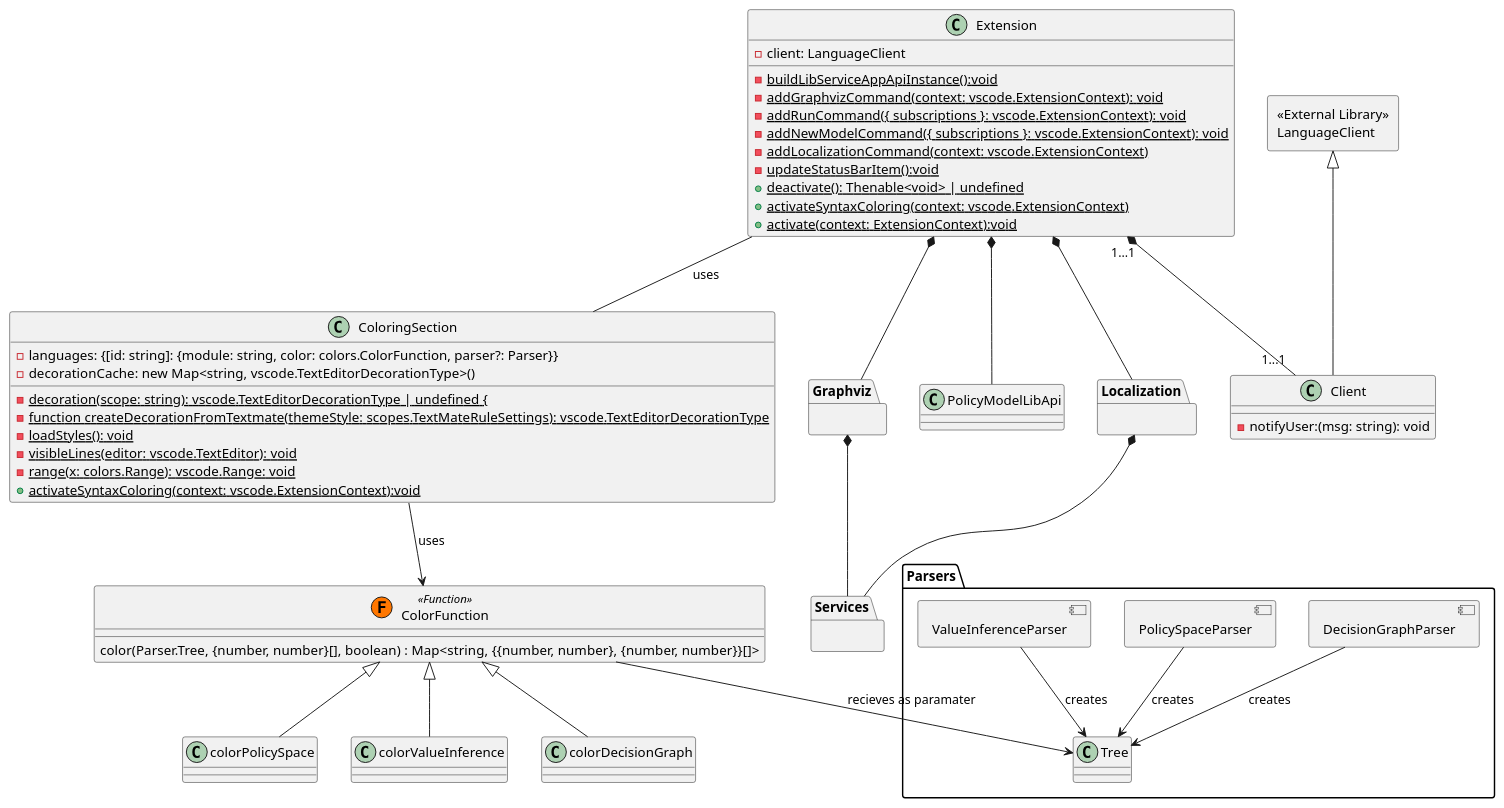
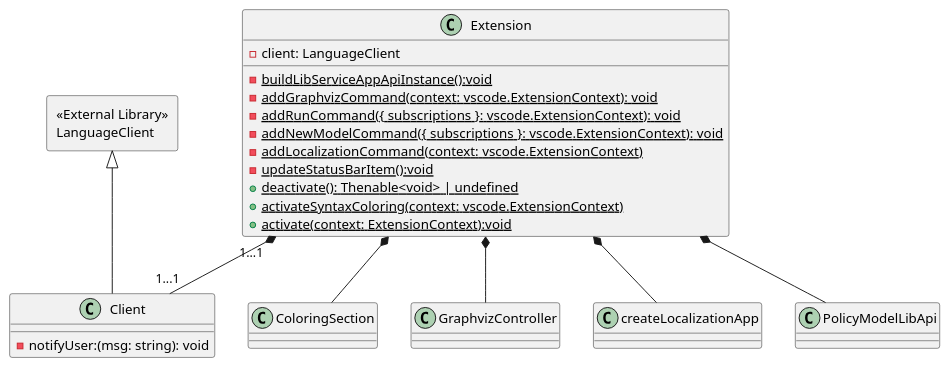
One commit to wolfj123/PolicyModelsPlugin changed the diagram in diagrams/client/ExtensionClassDiagram.puml. Above: the diagram before and after it, drawn with PlantUML.

```diff
--- a/diagrams/client/ExtensionClassDiagram.puml
+++ b/diagrams/client/ExtensionClassDiagram.puml
@@ -1,98 +1,56 @@
 @startuml
+
 
 
 class Extension {
     - client: LanguageClient
 
     - {static} buildLibServiceAppApiInstance():void
     - {static} addGraphvizCommand(context: vscode.ExtensionContext): void
     - {static} addRunCommand({ subscriptions }: vscode.ExtensionContext): void
     - {static} addNewModelCommand({ subscriptions }: vscode.ExtensionContext): void
     - {static} addLocalizationCommand(context: vscode.ExtensionContext)
     - {static} updateStatusBarItem():void
     + {static} deactivate(): Thenable<void> | undefined
     + {static} activateSyntaxColoring(context: vscode.ExtensionContext)
     + {static} activate(context: ExtensionContext):void
 }
 
 rectangle extConnection [
     <<External Library>>
     LanguageClient
 ]
 
 
 class Client extends extConnection{
     - notifyUser:(msg: string): void
 }
 
 
 class ColoringSection {
-    - languages: {[id: string]: {module: string, color: colors.ColorFunction, parser?: Parser}}
-    {field}- decorationCache: new Map<string, vscode.TextEditorDecorationType>()
 
-    -{static} decoration(scope: string): vscode.TextEditorDecorationType | undefined {
-    -{static} function createDecorationFromTextmate(themeStyle: scopes.TextMateRuleSettings): vscode.TextEditorDecorationType
-    -{static} loadStyles(): void
-    -{static} visibleLines(editor: vscode.TextEditor): void
-    -{static}  range(x: colors.Range): vscode.Range: void
-    +{static} activateSyntaxColoring(context: vscode.ExtensionContext):void 
+}
+
+
+class GraphvizController {
+}
+
+class createLocalizationApp {
+}
+
+class PolicyModelLibApi {
 }
 
 
 
 
 Extension "1...1" *-- "1...1" Client
-Extension -- ColoringSection : uses
-Extension *-- Graphviz
-Extension *-- Localization
+Extension *-- ColoringSection 
+Extension *-- GraphvizController
+Extension *-- createLocalizationApp
 Extension *-- PolicyModelLibApi 
-Graphviz *-- Services
-Localization *-- Services
 
 
-package Graphviz {
-}
-
-package Localization {
-}
-
-class PolicyModelLibApi {
-}
-
-package Services {
-}
-
-
-' Color description
-allowmixing
-
-package Parsers {
-    component DecisionGraphParser
-    component PolicySpaceParser
-    component ValueInferenceParser
-    class Tree
-
-	DecisionGraphParser --> Tree : "creates"
-	PolicySpaceParser --> Tree : "creates"
-	ValueInferenceParser --> Tree : "creates"
-}
-
-class ColorFunction << (F,#FF7700) Function>>{
-	color(Parser.Tree, {number, number}[], boolean) : Map<string, {{number, number}, {number, number}}[]>
-}
-
-
-class colorDecisionGraph extends ColorFunction {	
-}
-
-class colorPolicySpace extends ColorFunction {	
-}
-
-class colorValueInference extends ColorFunction {	
-}
-
-ColorFunction --> Tree : recieves as paramater
-ColoringSection --> ColorFunction : uses
 
 
 @enduml
```
